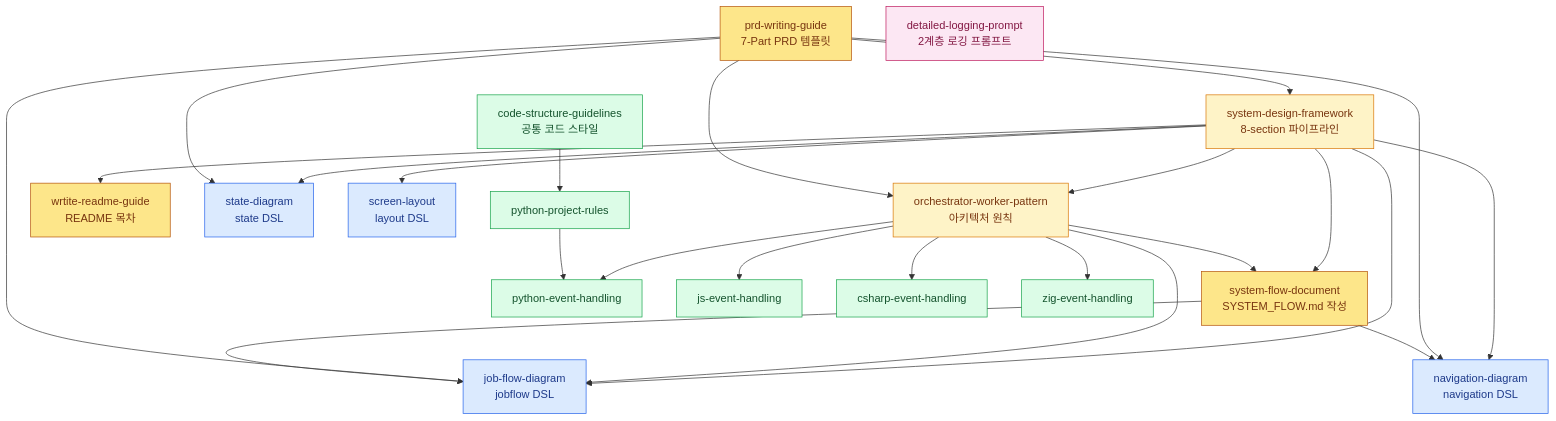
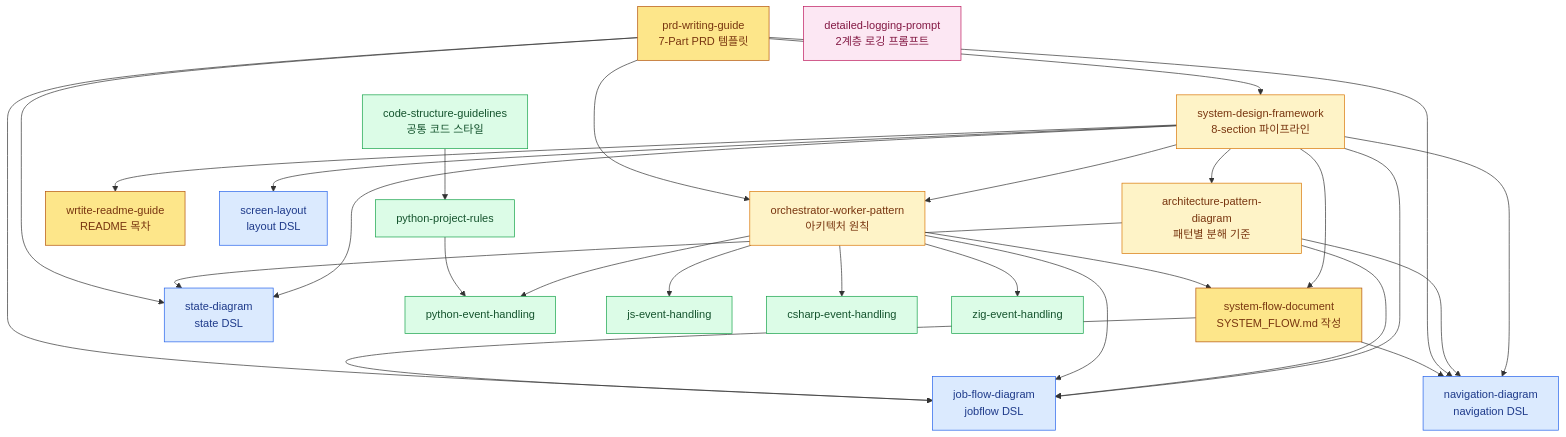
One commit to ryujt/project-guides changed the diagram in README.md. Above: the diagram before and after it, drawn with Mermaid. The commit also changed other lines of this file and 1 other file, not shown here.

Commit message:
Add architecture pattern diagram guide

````diff
--- a/README.md
+++ b/README.md
@@ -80,47 +82,52 @@
 ```mermaid
 flowchart TB
     SDF["system-design-framework<br/>8-section 파이프라인"]:::core
+    APD["architecture-pattern-diagram<br/>패턴별 분해 기준"]:::core
     OWP["orchestrator-worker-pattern<br/>아키텍처 원칙"]:::core
     PRD["prd-writing-guide<br/>7-Part PRD 템플릿"]:::spec
     README["wrtite-readme-guide<br/>README 목차"]:::spec
     SFD["system-flow-document<br/>SYSTEM_FLOW.md 작성"]:::spec
 
     JFD["job-flow-diagram<br/>jobflow DSL"]:::dsl
     NAV["navigation-diagram<br/>navigation DSL"]:::dsl
     STT["state-diagram<br/>state DSL"]:::dsl
     LAY["screen-layout<br/>layout DSL"]:::dsl
 
     CSG["code-structure-guidelines<br/>공통 코드 스타일"]:::impl
     PPR["python-project-rules"]:::impl
     PY["python-event-handling"]:::impl
     JS["js-event-handling"]:::impl
     CS["csharp-event-handling"]:::impl
     ZIG["zig-event-handling"]:::impl
 
     LOG["detailed-logging-prompt<br/>2계층 로깅 프롬프트"]:::ops
 
     SDF --> JFD & NAV & STT & LAY
+    SDF --> APD
+    APD --> JFD
+    APD --> NAV
+    APD --> STT
     SDF --> OWP
     SDF --> README
     SDF --> SFD
     OWP --> JFD
     OWP --> SFD
     OWP --> PY & JS & CS & ZIG
 
     PRD --> SDF
     PRD --> OWP
     PRD --> JFD
     PRD --> NAV
     PRD --> STT
     SFD --> JFD
     SFD --> NAV
 
     CSG --> PPR
     PPR --> PY
 
     classDef core fill:#fef3c7,stroke:#d97706,color:#78350f
     classDef spec fill:#fde68a,stroke:#b45309,color:#78350f
     classDef dsl fill:#dbeafe,stroke:#2563eb,color:#1e3a8a
     classDef impl fill:#dcfce7,stroke:#16a34a,color:#14532d
     classDef ops fill:#fce7f3,stroke:#be185d,color:#831843
 ```
````
